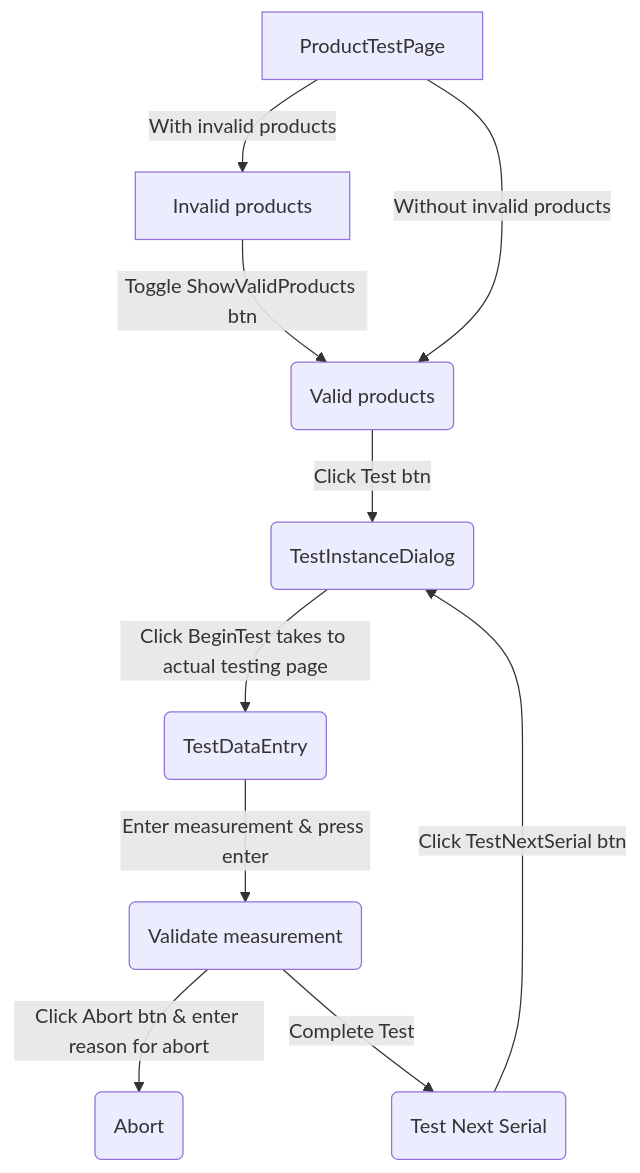
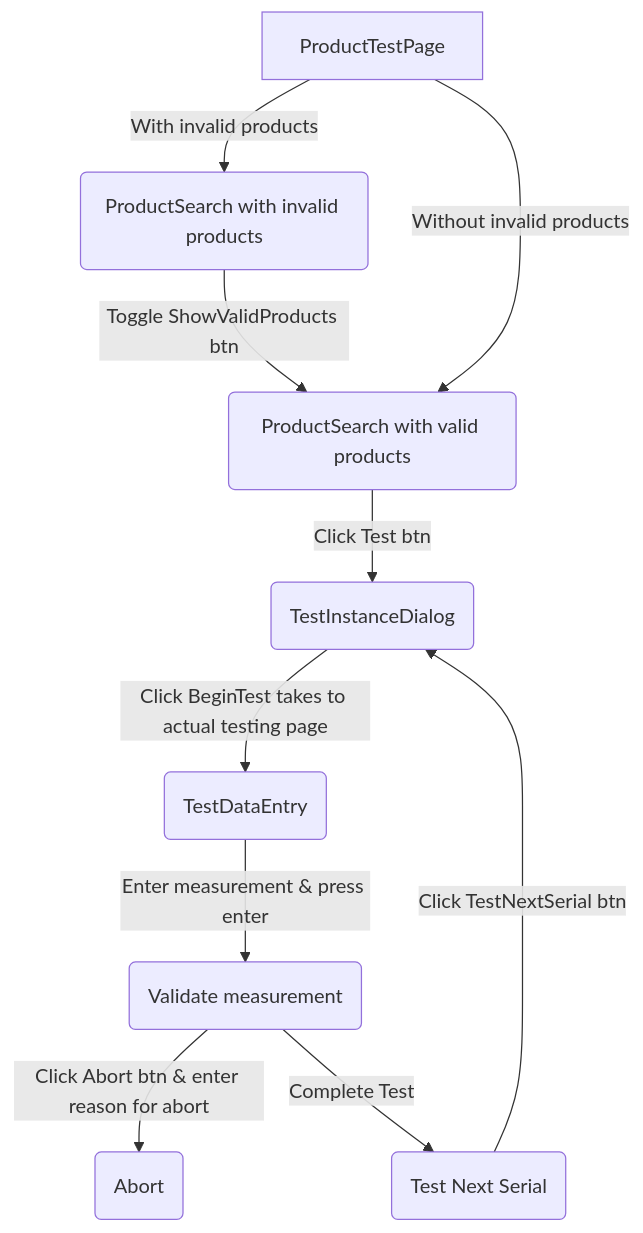
The second of 3 diagrams in abc.md (tvpkn-9192/CV), drawn with Mermaid before and after one commit. The commit also changed other lines of this file, not shown here.

````diff
--- a/abc.md
+++ b/abc.md
@@ -1,12 +18,12 @@
 ```mermaid
    flowchart TD
-    A[ProductTestPage] -->|With invalid products| B(Invalid products)
-    B[Invalid products] -->|Toggle ShowValidProducts btn| C(Valid products)
-    A[ProductTestPage] -->|Without invalid products| C(Valid products)
+    A[ProductTestPage] -->|With invalid products| B(ProductSearch with invalid products)
+    B -->|Toggle ShowValidProducts btn| C(ProductSearch with valid products)
+    A -->|Without invalid products| C
     C --> |Click Test btn| D(TestInstanceDialog)
     D --> |Click BeginTest takes to actual testing page| E(TestDataEntry)
     E --> |Enter measurement & press enter| F(Validate measurement)
     F --> |Click Abort btn & enter reason for abort| G(Abort)
     F --> |Complete Test| H(Test Next Serial)
     H --> |Click TestNextSerial btn| D
 ```
````
